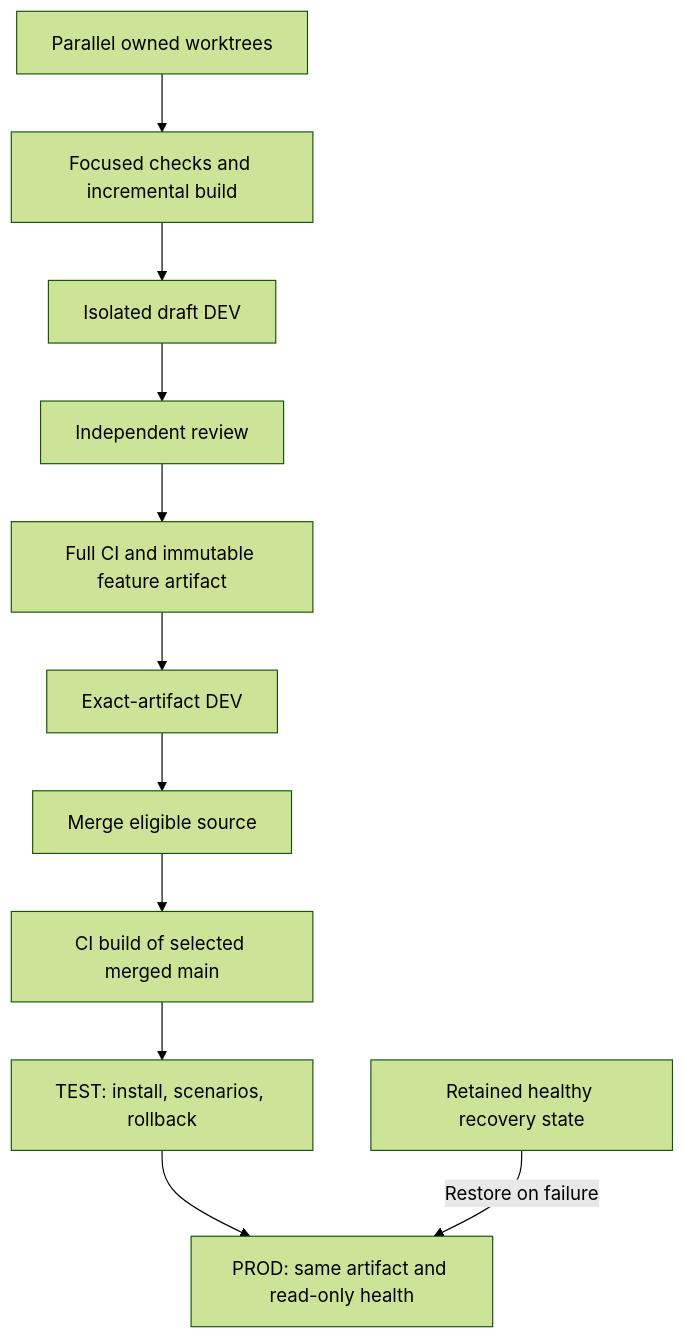
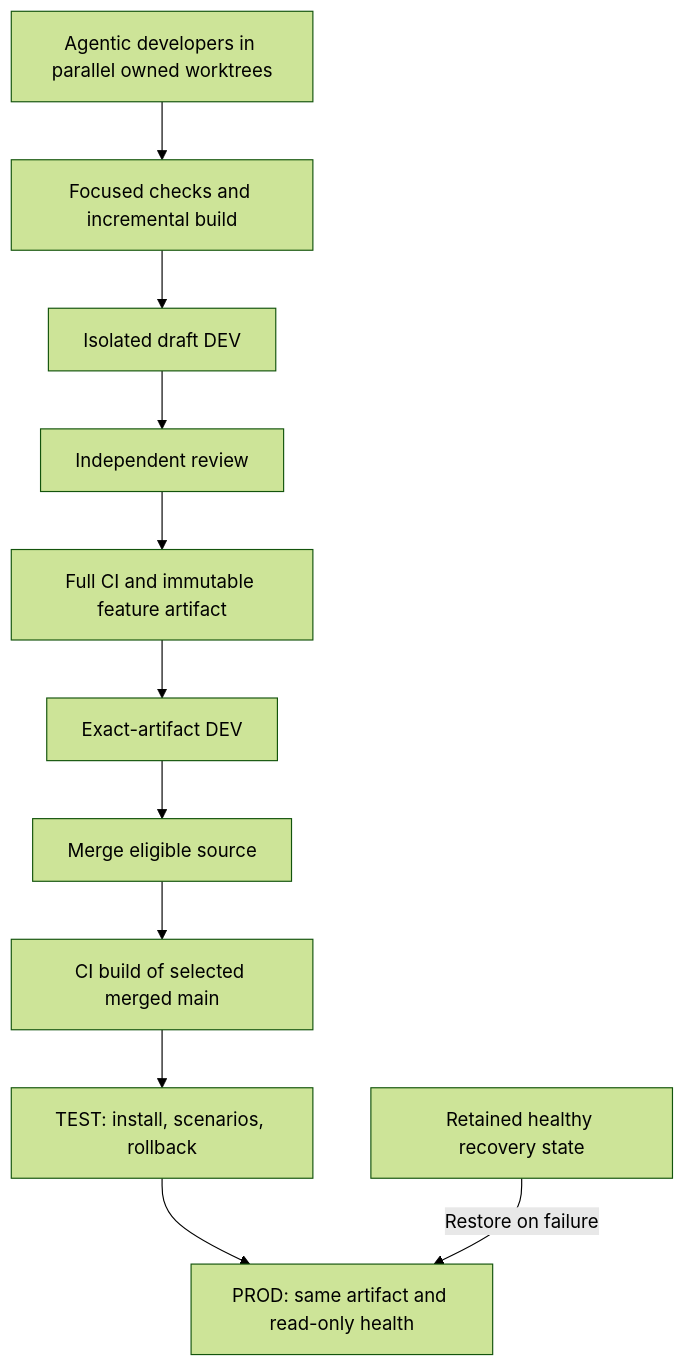
One commit to coletaylor788/puddles changed the third of 5 diagrams in docs/openclaw-setup/security-architecture.md. Above: the diagram before and after it, drawn with Mermaid (forest theme). The commit also changed other lines of this file, not shown here.

Commit message:
Show agentic developers inside the development host

````diff
--- a/docs/openclaw-setup/security-architecture.md
+++ b/docs/openclaw-setup/security-architecture.md
@@ -108,13 +110,13 @@
 ```mermaid
 flowchart TB
-    Work["Parallel owned worktrees"] --> Local["Focused checks and incremental build"]
+    Work["Agentic developers in parallel owned worktrees"] --> Local["Focused checks and incremental build"]
     Local --> Draft["Isolated draft DEV"]
     Draft --> Review["Independent review"]
     Review --> CI["Full CI and immutable feature artifact"]
     CI --> Exact["Exact-artifact DEV"]
     Exact --> Merge["Merge eligible source"]
     Merge --> Batch["CI build of selected merged main"]
     Batch --> Test["TEST: install, scenarios, rollback"]
     Test --> Prod["PROD: same artifact and read-only health"]
     Recovery["Retained healthy recovery state"] -->|"Restore on failure"| Prod
 ```
````
